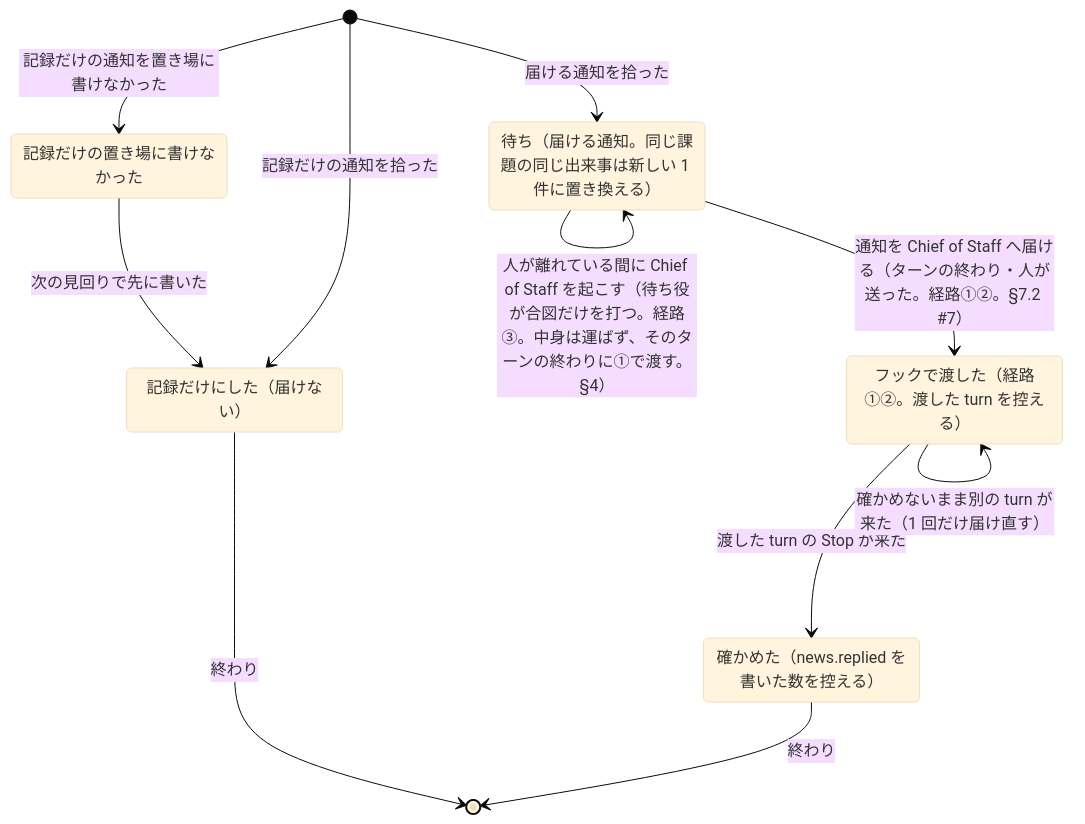
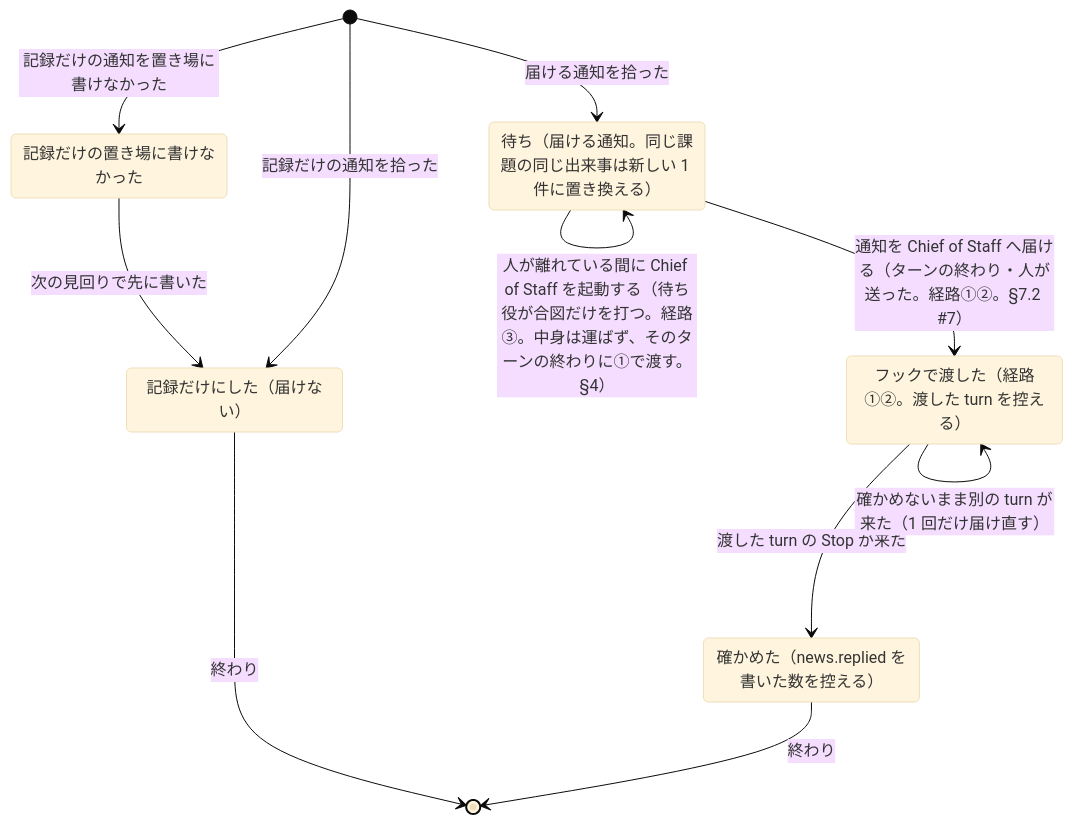
Before and after one commit to mitaku/andon: the diagram in docs/process/delivery.md, drawn with Mermaid (base theme). The commit also changed other lines of this file and 111 other files, not shown here.

````diff
--- a/docs/process/delivery.md
+++ b/docs/process/delivery.md
@@ -9,18 +9,18 @@
 ```mermaid
 stateDiagram-v2
   state "待ち（届ける通知。同じ課題の同じ出来事は新しい 1 件に置き換える）" as s_pending
   state "フックで渡した（経路①②。渡した turn を控える）" as s_hooked
   state "確かめた（news.replied を書いた数を控える）" as s_acked
   state "記録だけの置き場に書けなかった" as s_unrecorded
   state "記録だけにした（届けない）" as s_recorded
   [*] --> s_pending: 届ける通知を拾った
   [*] --> s_recorded: 記録だけの通知を拾った
   [*] --> s_unrecorded: 記録だけの通知を置き場に書けなかった
   s_unrecorded --> s_recorded: 次の見回りで先に書いた
   s_pending --> s_hooked: 通知を Chief of Staff へ届ける（ターンの終わり・人が送った。経路①②。§7.2 #7）
-  s_pending --> s_pending: 人が離れている間に Chief of Staff を起こす（待ち役が合図だけを打つ。経路③。中身は運ばず、そのターンの終わりに①で渡す。§4）
+  s_pending --> s_pending: 人が離れている間に Chief of Staff を起動する（待ち役が合図だけを打つ。経路③。中身は運ばず、そのターンの終わりに①で渡す。§4）
   s_hooked --> s_acked: 渡した turn の Stop が来た
   s_hooked --> s_hooked: 確かめないまま別の turn が来た（1 回だけ届け直す）
   s_acked --> [*]: 終わり
   s_recorded --> [*]: 終わり
 ```
````
